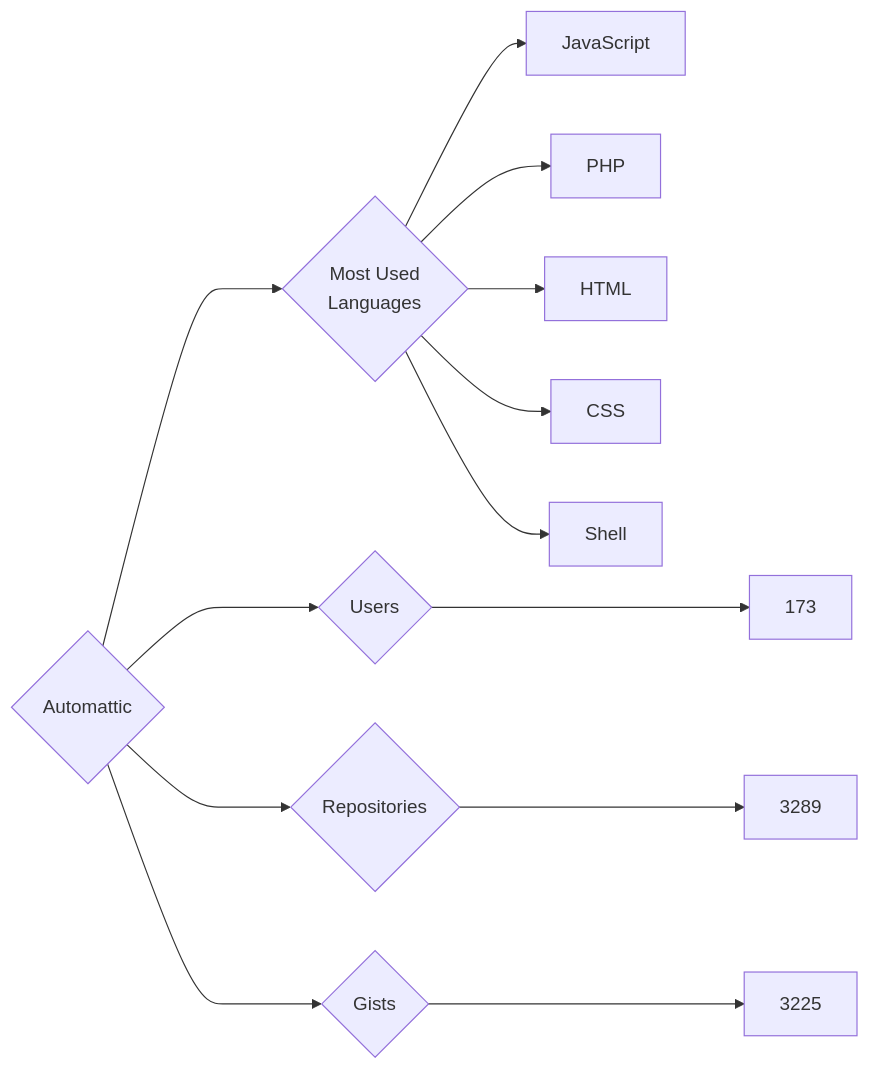
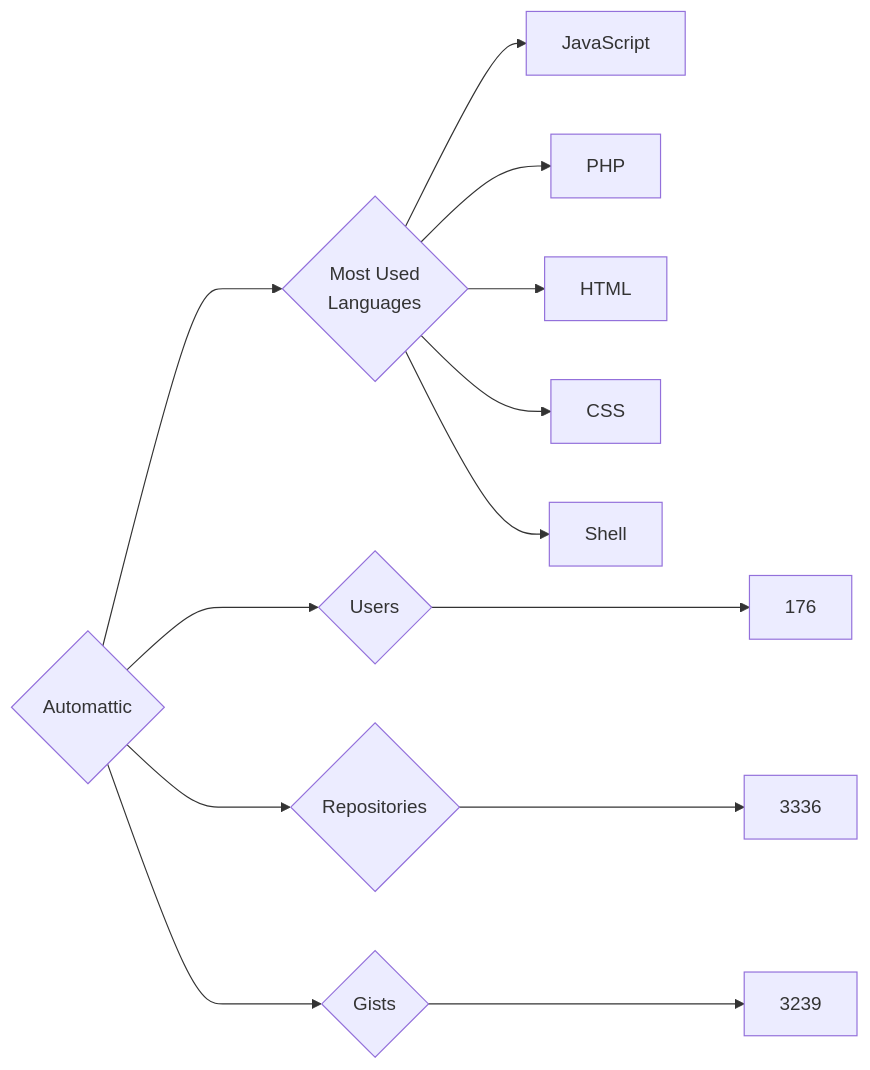
One commit to trickest/insiders changed the diagram in targets/Automattic/README.md. Above: the diagram before and after it, drawn with Mermaid. The commit also changed 440 other files, not shown here.

````diff
--- a/targets/Automattic/README.md
+++ b/targets/Automattic/README.md
@@ -3,13 +3,13 @@
 ```mermaid
 graph LR
 COMPANY_NAME{Automattic}
-COMPANY_NAME ---> U{Users} ---> UN[173]
-COMPANY_NAME ---> R{Repositories} ---> RN[3289]
-COMPANY_NAME ---> G{Gists} ---> GN[3225]
+COMPANY_NAME ---> U{Users} ---> UN[176]
+COMPANY_NAME ---> R{Repositories} ---> RN[3336]
+COMPANY_NAME ---> G{Gists} ---> GN[3239]
 COMPANY_NAME ---> ML{Most Used<br>Languages}
 ML --> JavaScript[JavaScript]
 ML --> PHP[PHP]
 ML --> HTML[HTML]
 ML --> CSS[CSS]
 ML --> Shell[Shell]
 ```
````
